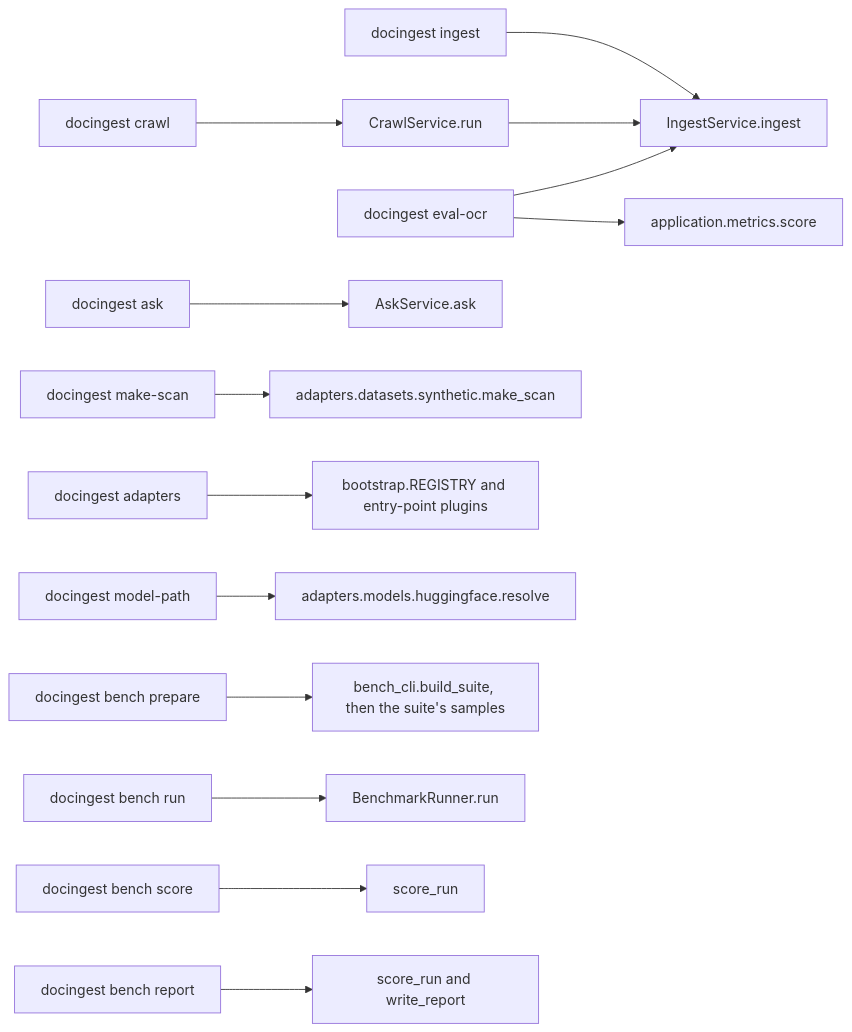
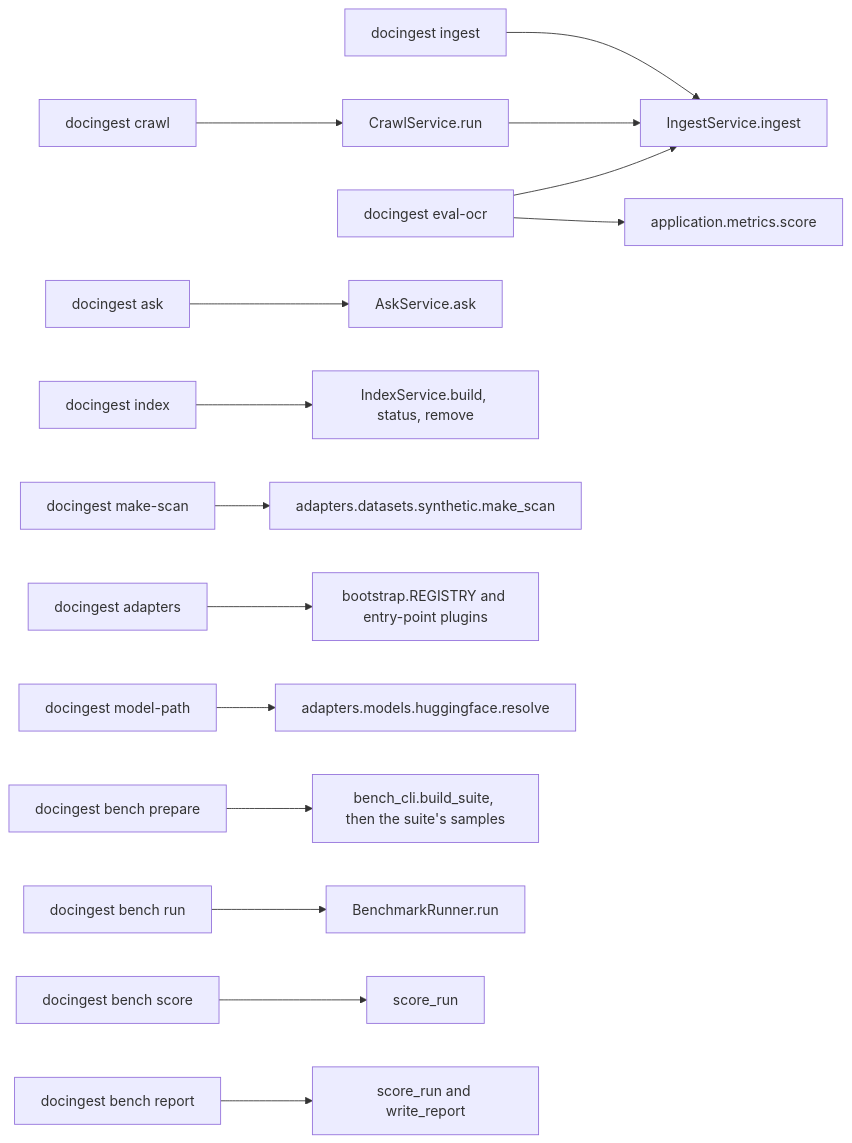
Before and after one commit to etxsA/doc-ingest: the second of 6 diagrams in packages/docingest/src/docingest/entrypoints/README.md, drawn with Mermaid. The commit also changed other lines of this file and 6 other files, not shown here.

First line of the commit message:
feat(cli): docingest index build, status and remove

````diff
--- a/packages/docingest/src/docingest/entrypoints/README.md
+++ b/packages/docingest/src/docingest/entrypoints/README.md
@@ -67,16 +72,17 @@
 ```mermaid
 flowchart LR
     ingest["docingest ingest"] --> IS["IngestService.ingest"]
     crawl["docingest crawl"] --> CS["CrawlService.run"]
     CS --> IS
     evalocr["docingest eval-ocr"] --> IS
     evalocr --> MET["application.metrics.score"]
     ask["docingest ask"] --> AS["AskService.ask"]
+    index["docingest index"] --> IXS["IndexService.build, status, remove"]
     makescan["docingest make-scan"] --> MS["adapters.datasets.synthetic.make_scan"]
     adapters["docingest adapters"] --> REG["bootstrap.REGISTRY and entry-point plugins"]
     modelpath["docingest model-path"] --> HF["adapters.models.huggingface.resolve"]
     bprep["docingest bench prepare"] --> BS["bench_cli.build_suite, then the suite's samples"]
     brun["docingest bench run"] --> BR["BenchmarkRunner.run"]
     bscore["docingest bench score"] --> SR["score_run"]
     breport["docingest bench report"] --> WR["score_run and write_report"]
 ```
````
